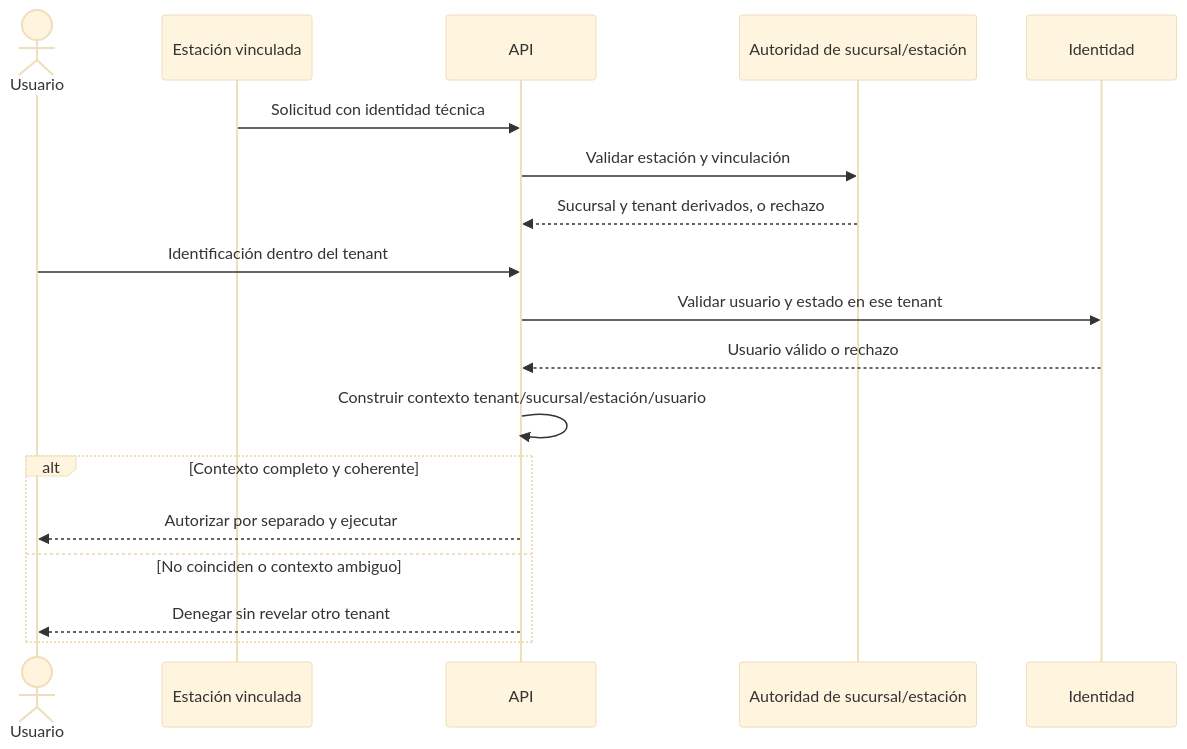
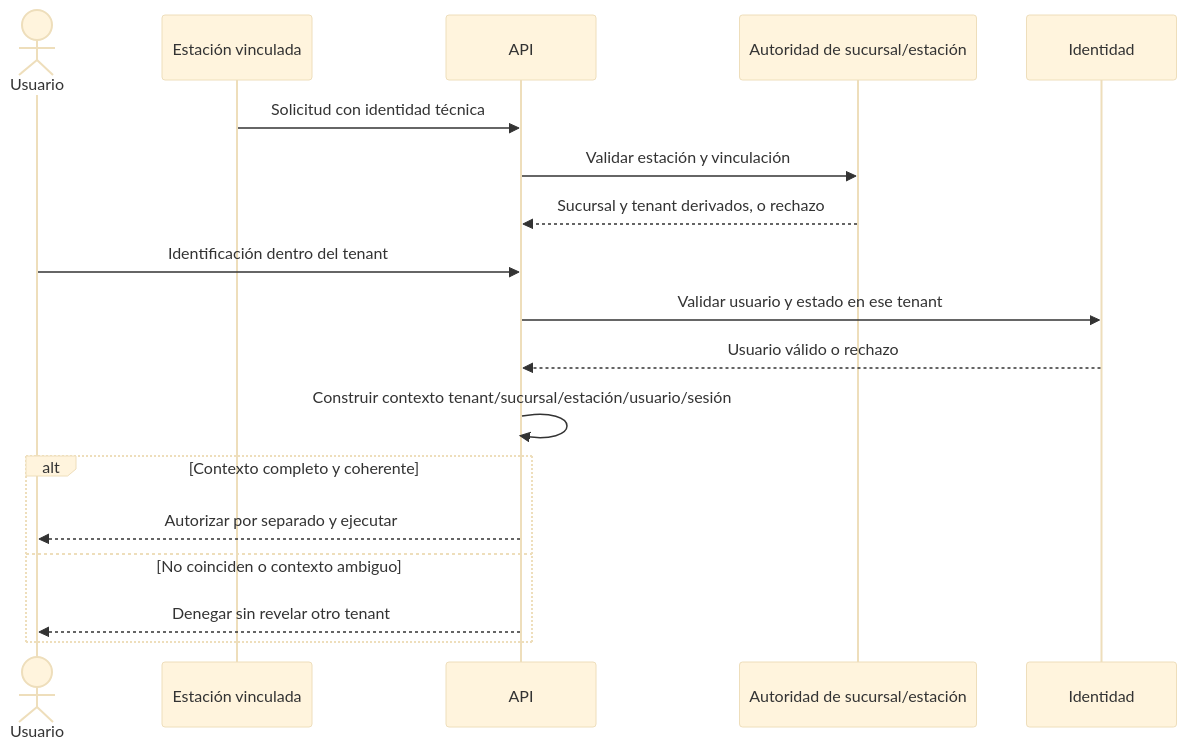
The diagram in docs/architecture/MULTITENANCY_MODEL.md (luisgtzaviles/SrTaller-2.0), drawn with Mermaid (base theme) before and after one commit. The commit also changed other lines of this file and 53 other files, not shown here.

````diff
--- a/docs/architecture/MULTITENANCY_MODEL.md
+++ b/docs/architecture/MULTITENANCY_MODEL.md
@@ -24,21 +24,21 @@
 ```mermaid
 sequenceDiagram
     actor U as Usuario
     participant S as Estación vinculada
     participant A as API
     participant B as Autoridad de sucursal/estación
     participant I as Identidad
 
     S->>A: Solicitud con identidad técnica
     A->>B: Validar estación y vinculación
     B-->>A: Sucursal y tenant derivados, o rechazo
     U->>A: Identificación dentro del tenant
     A->>I: Validar usuario y estado en ese tenant
     I-->>A: Usuario válido o rechazo
-    A->>A: Construir contexto tenant/sucursal/estación/usuario
+    A->>A: Construir contexto tenant/sucursal/estación/usuario/sesión
     alt Contexto completo y coherente
         A-->>U: Autorizar por separado y ejecutar
     else No coinciden o contexto ambiguo
         A-->>U: Denegar sin revelar otro tenant
     end
 ```
````
